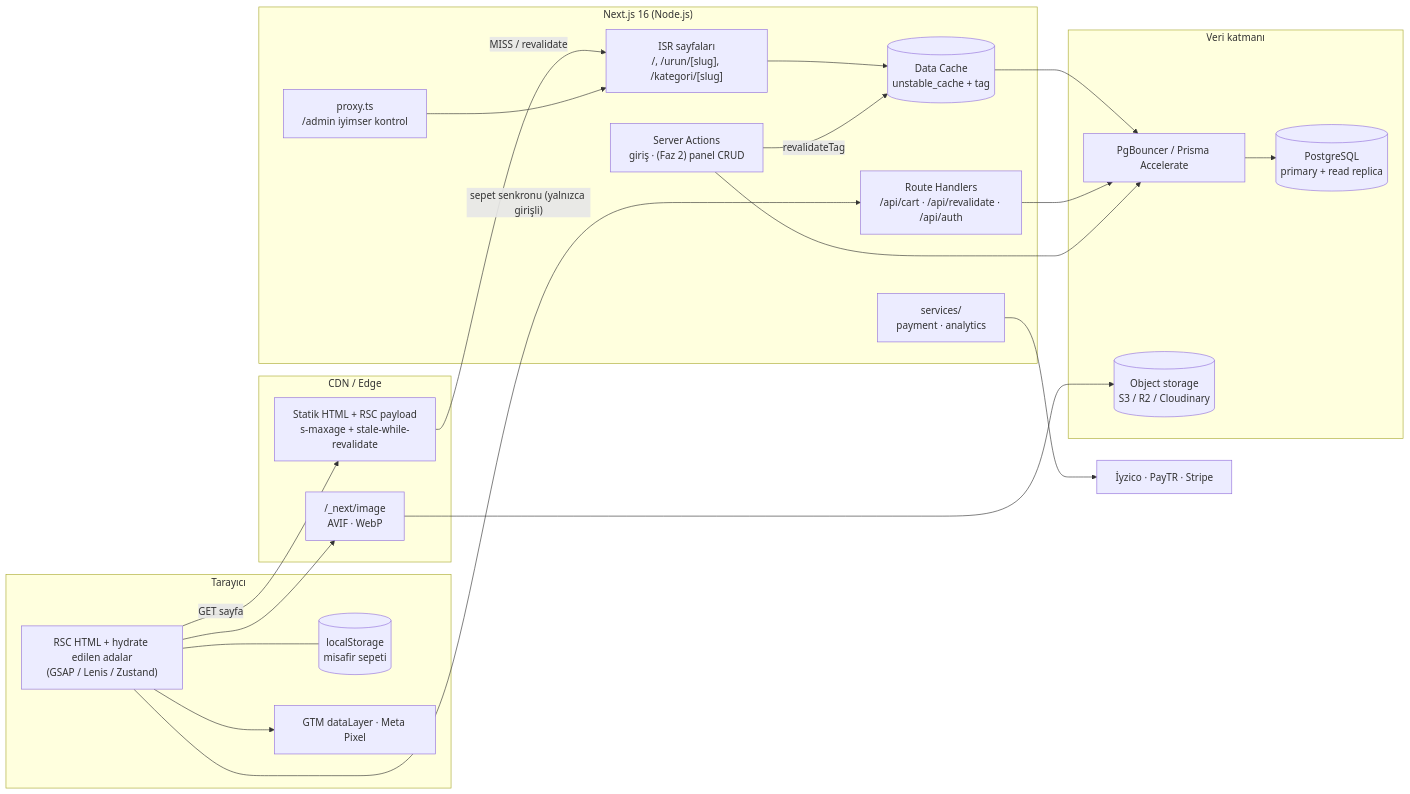
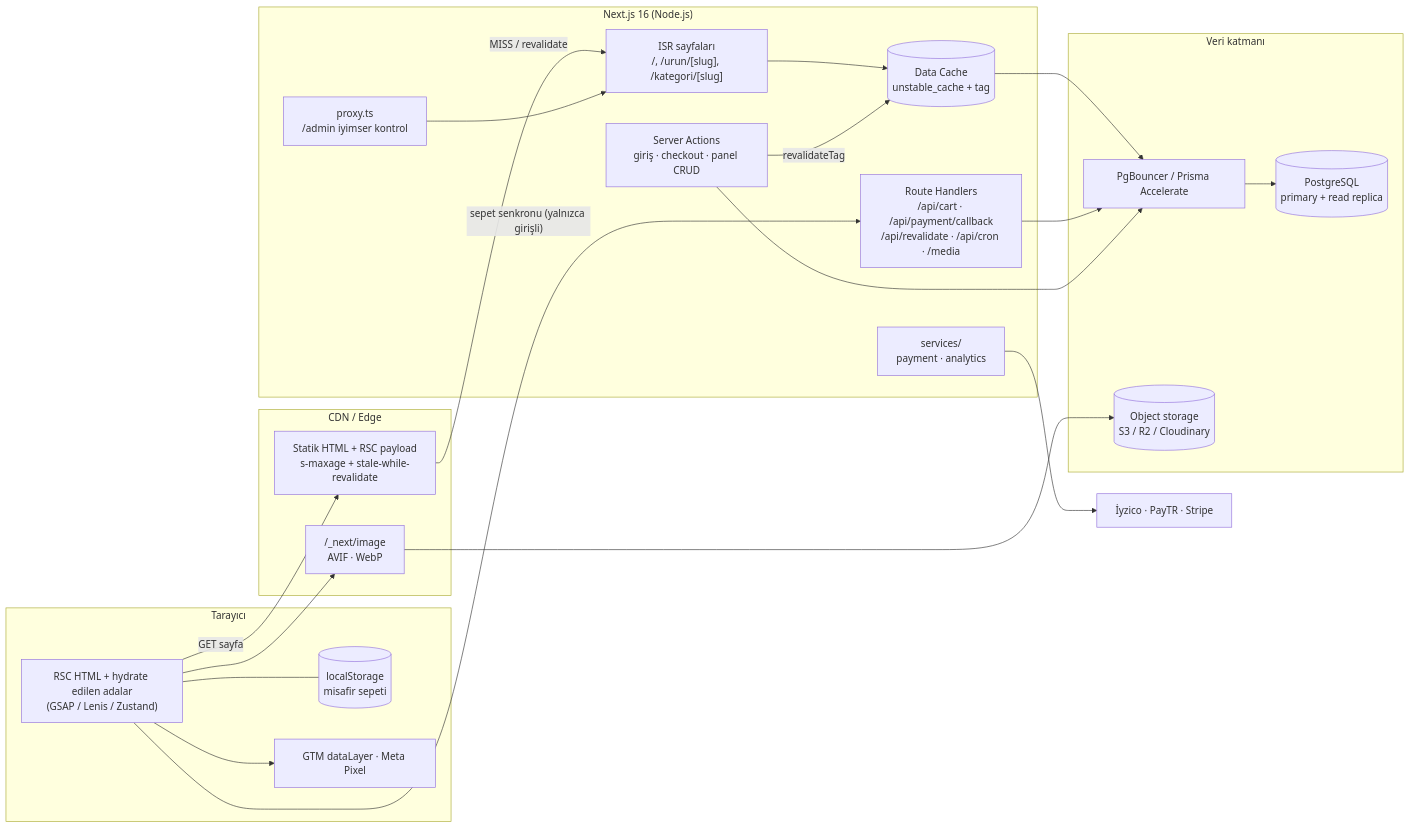
Before and after one commit to akdenizahmet242-del/T-Web-Site: the first of 7 diagrams in docs/ARCHITECTURE.md, drawn with Mermaid. The commit also changed other lines of this file and 34 other files, not shown here.

````diff
--- a/docs/ARCHITECTURE.md
+++ b/docs/ARCHITECTURE.md
@@ -18,43 +18,43 @@
 ```mermaid
 flowchart LR
   subgraph Client["Tarayıcı"]
     UI["RSC HTML + hydrate edilen adalar<br/>(GSAP / Lenis / Zustand)"]
     LS[("localStorage<br/>misafir sepeti")]
     TAGS["GTM dataLayer · Meta Pixel"]
   end
 
   subgraph Edge["CDN / Edge"]
     CDN["Statik HTML + RSC payload<br/>s-maxage + stale-while-revalidate"]
     IMG["/_next/image<br/>AVIF · WebP"]
   end
 
   subgraph App["Next.js 16 (Node.js)"]
     PROXY["proxy.ts<br/>/admin iyimser kontrol"]
     PAGES["ISR sayfaları<br/>/, /urun/[slug], /kategori/[slug]"]
-    API["Route Handlers<br/>/api/cart · /api/revalidate · /api/auth"]
-    ACT["Server Actions<br/>giriş · (Faz 2) panel CRUD"]
+    API["Route Handlers<br/>/api/cart · /api/payment/callback<br/>/api/revalidate · /api/cron · /media"]
+    ACT["Server Actions<br/>giriş · checkout · panel CRUD"]
     DC[("Data Cache<br/>unstable_cache + tag")]
     SVC["services/<br/>payment · analytics"]
   end
 
   subgraph Data["Veri katmanı"]
     POOL["PgBouncer / Prisma Accelerate"]
     PG[("PostgreSQL<br/>primary + read replica")]
     OBJ[("Object storage<br/>S3 / R2 / Cloudinary")]
   end
 
   POS["İyzico · PayTR · Stripe"]
 
   UI -->|GET sayfa| CDN
   CDN -->|MISS / revalidate| PAGES
   UI -->|"sepet senkronu (yalnızca girişli)"| API
   UI --> TAGS
   UI --> IMG --> OBJ
   PROXY --> PAGES
   PAGES --> DC --> POOL --> PG
   API --> POOL
   ACT --> POOL
   ACT -->|revalidateTag| DC
   SVC --> POS
   UI --- LS
 ```
````
